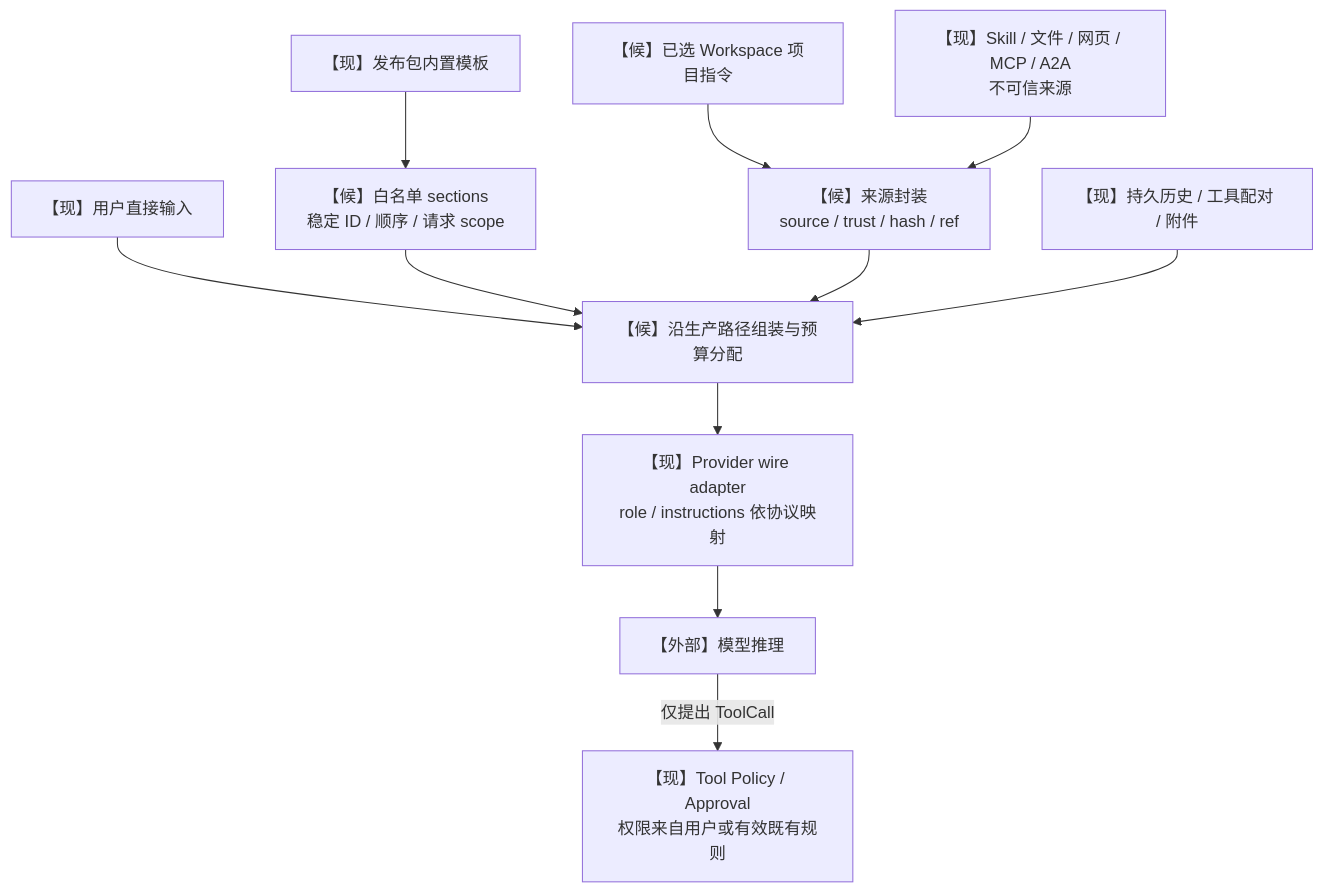
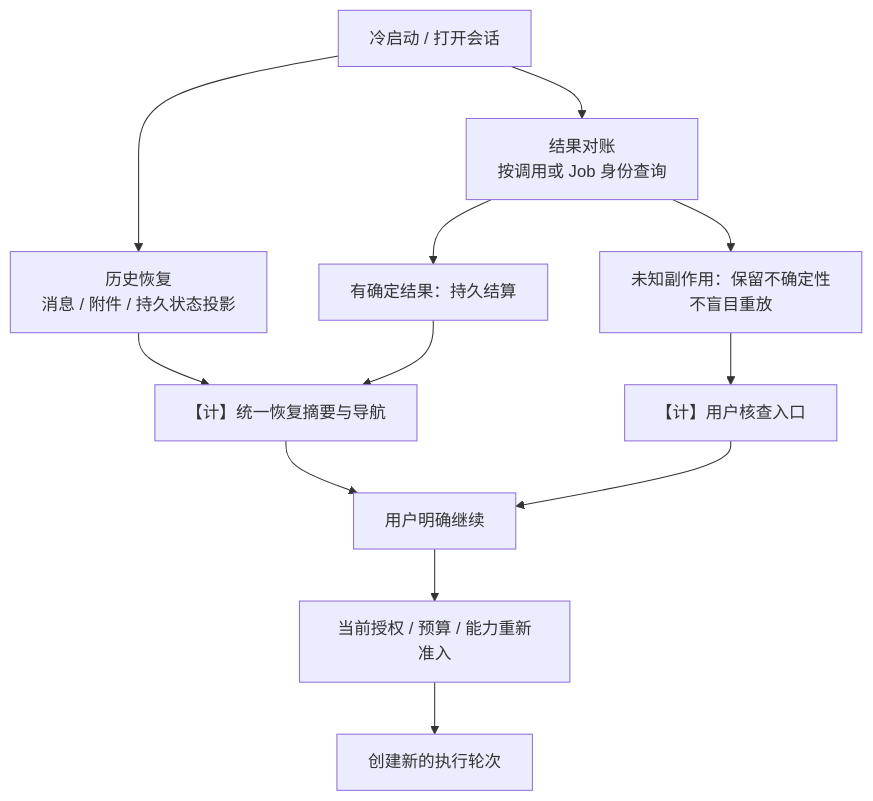
One commit to dollarser/helix-agent changed the eighth of 11 diagrams in docs/research/helix-mermaid-architecture-diagrams.md. Above: the diagram before and after it, drawn with Mermaid. The commit also changed other lines of this file and 1 other file, not shown here.

Commit message:
docs: align research and architecture diagrams with current decisions

````diff
--- a/docs/research/helix-mermaid-architecture-diagrams.md
+++ b/docs/research/helix-mermaid-architecture-diagrams.md
@@ -391,23 +183,14 @@
 ```mermaid
 flowchart TB
-    BUILTIN["【现】发布包内置模板"]
-    USER["【现】用户直接输入"]
-    PROJECT["【候】已选 Workspace 项目指令"]
-    EXTERNAL["【现】Skill / 文件 / 网页 / MCP / A2A<br/>不可信来源"]
-    STATIC["【候】白名单 sections<br/>稳定 ID / 顺序 / 请求 scope"]
-    ENVELOPE["【候】来源封装<br/>source / trust / hash / ref"]
-    HISTORY["【现】持久历史 / 工具配对 / 附件"]
-    CTX["【候】沿生产路径组装与预算分配"]
-    ADAPTER["【现】Provider wire adapter<br/>role / instructions 依协议映射"]
-    MODEL["【外部】模型推理"]
-    POLICY["【现】Tool Policy / Approval<br/>权限来自用户或有效既有规则"]
-    BUILTIN --> STATIC
-    PROJECT --> ENVELOPE
-    EXTERNAL --> ENVELOPE
-    USER --> CTX
-    STATIC --> CTX
-    ENVELOPE --> CTX
-    HISTORY --> CTX
-    CTX --> ADAPTER --> MODEL
-    MODEL -->|"仅提出 ToolCall"| POLICY
+    OPEN["冷启动 / 打开会话"] --> HISTORY["历史恢复<br/>消息 / 附件 / 持久状态投影"]
+    OPEN --> RECON["结果对账<br/>按调用或 Job 身份查询"]
+    RECON --> KNOWN["有确定结果：持久结算"]
+    RECON --> UNKNOWN["未知副作用：保留不确定性<br/>不盲目重放"]
+    HISTORY --> SUMMARY["【计】统一恢复摘要与导航"]
+    KNOWN --> SUMMARY
+    UNKNOWN --> REVIEW["【计】用户核查入口"]
+    SUMMARY --> USER["用户明确继续"]
+    REVIEW --> USER
+    USER --> CHECK["当前授权 / 预算 / 能力重新准入"]
+    CHECK --> NEW["创建新的执行轮次"]
 ```
````
